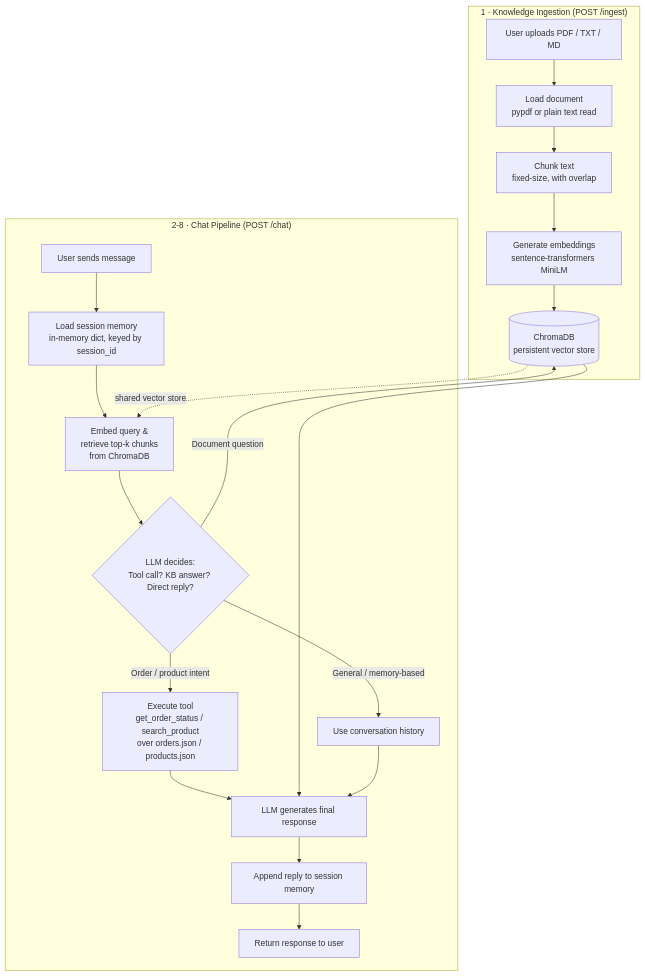
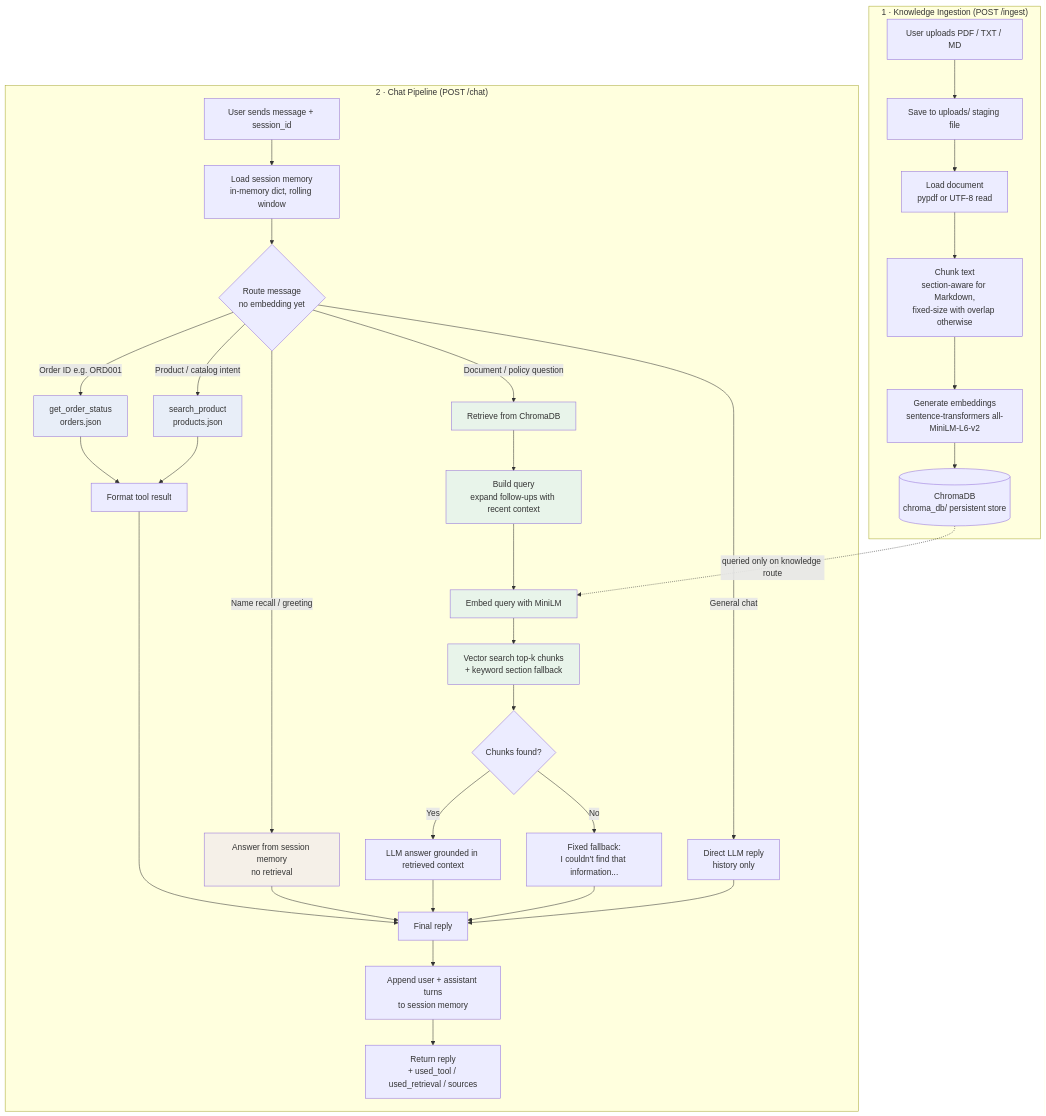
The diagram in diagram.md (IamSadik/ai-assistant), drawn with Mermaid before and after one commit. The commit also changed other lines of this file and 1 other file, not shown here.

Commit message:
refactor: update architecture diagram for ingestion and chat pipeline; enhance text descriptions and component map

````diff
--- a/diagram.md
+++ b/diagram.md
@@ -5,25 +5,49 @@
 ```mermaid
 flowchart TD
     subgraph Ingestion["1 · Knowledge Ingestion (POST /ingest)"]
-        A1[User uploads PDF / TXT / MD] --> A2[Load document\npypdf or plain text read]
-        A2 --> A3[Chunk text\nfixed-size, with overlap]
-        A3 --> A4[Generate embeddings\nsentence-transformers MiniLM]
-        A4 --> A5[(ChromaDB\npersistent vector store)]
+        A1[User uploads PDF / TXT / MD] --> A2[Save to uploads/ staging file]
+        A2 --> A3[Load document\npypdf or UTF-8 read]
+        A3 --> A4[Chunk text\nsection-aware for Markdown,\nfixed-size with overlap otherwise]
+        A4 --> A5[Generate embeddings\nsentence-transformers all-MiniLM-L6-v2]
+        A5 --> A6[(ChromaDB\nchroma_db/ persistent store)]
     end
 
-    subgraph Chat["2-8 · Chat Pipeline (POST /chat)"]
-        B1[User sends message] --> B2[Load session memory\nin-memory dict, keyed by session_id]
-        B2 --> B3[Embed query &\nretrieve top-k chunks\nfrom ChromaDB]
-        B3 --> B4{LLM decides:\nTool call? KB answer? Direct reply?}
-        B4 -->|Order / product intent| B5[Execute tool\nget_order_status / search_product\nover orders.json / products.json]
-        B4 -->|Document question| A5
-        B4 -->|General / memory-based| B6[Use conversation history]
-        B5 --> B7[LLM generates final response]
-        A5 --> B7
-        B6 --> B7
-        B7 --> B8[Append reply to session memory]
-        B8 --> B9[Return response to user]
+    subgraph Chat["2 · Chat Pipeline (POST /chat)"]
+        B1[User sends message + session_id] --> B2[Load session memory\nin-memory dict, rolling window]
+        B2 --> B3{Route message\nno embedding yet}
+
+        B3 -->|Order ID e.g. ORD001| T1[get_order_status\norders.json]
+        B3 -->|Product / catalog intent| T2[search_product\nproducts.json]
+        B3 -->|Name recall / greeting| M1[Answer from session memory\nno retrieval]
+        B3 -->|Document / policy question| R1[Retrieve from ChromaDB]
+        B3 -->|General chat| D1[Direct LLM reply\nhistory only]
+
+        R1 --> R2[Build query\nexpand follow-ups with recent context]
+        R2 --> R3[Embed query with MiniLM]
+        R3 --> R4[Vector search top-k chunks\n+ keyword section fallback]
+        R4 --> R5{Chunks found?}
+        R5 -->|Yes| L1[LLM answer grounded in retrieved context]
+        R5 -->|No| L2[Fixed fallback:\nI couldn't find that information...]
+
+        T1 --> F1[Format tool result]
+        T2 --> F1
+        M1 --> F2[Final reply]
+        L1 --> F2
+        L2 --> F2
+        D1 --> F2
+        F1 --> F2
+
+        F2 --> B4[Append user + assistant turns\nto session memory]
+        B4 --> B5[Return reply\n+ used_tool / used_retrieval / sources]
     end
 
-    A5 -.shared vector store.-> B3
+    A6 -.queried only on knowledge route.-> R3
+
+    style R1 fill:#e8f4ea
+    style R2 fill:#e8f4ea
+    style R3 fill:#e8f4ea
+    style R4 fill:#e8f4ea
+    style T1 fill:#e8eef8
+    style T2 fill:#e8eef8
+    style M1 fill:#f5f0e8
 ```
````
